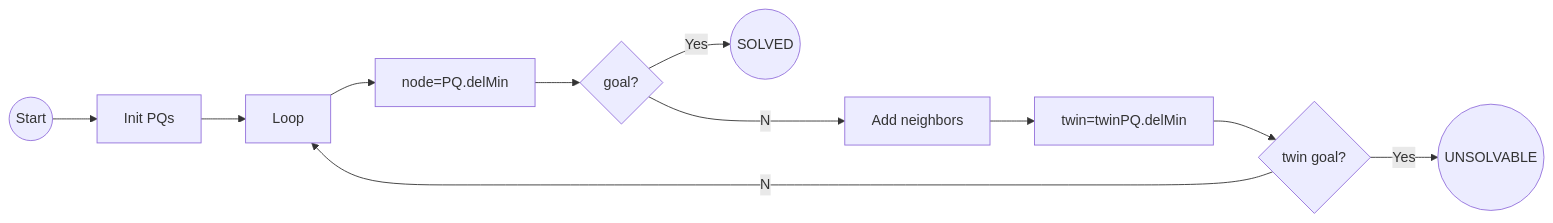
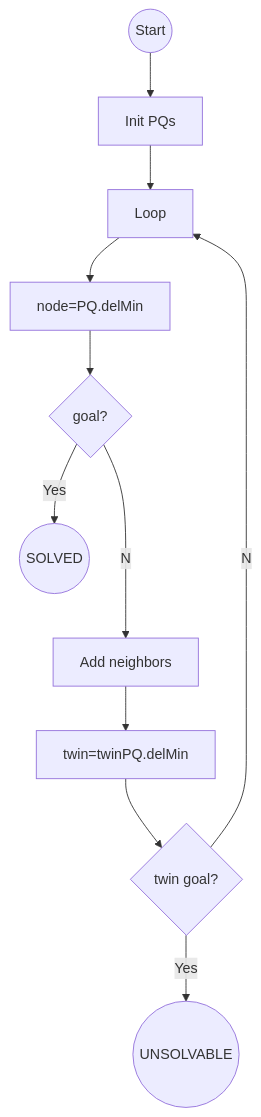
Before and after one commit to AmpongJkevin2/Flowchart-: the diagram in problemSet5/Solver.mmd, drawn with Mermaid. The commit also changed 6 other files, not shown here.

```diff
--- a/problemSet5/Solver.mmd
+++ b/problemSet5/Solver.mmd
@@ -1,1 +1,1 @@
-graph LR; A((Start))-->B[Init PQs]-->C[Loop]-->D[node=PQ.delMin]-->E{goal?}; E--Yes-->F((SOLVED)); E--No-->G[Add neighbors]-->H[twin=twinPQ.delMin]-->I{twin goal?}; I--Yes-->J((UNSOLVABLE)); I--No-->C;
+graph TD; A((Start))-->B[Init PQs]-->C[Loop]-->D[node=PQ.delMin]-->E{goal?}; E--Yes-->F((SOLVED)); E--No-->G[Add neighbors]-->H[twin=twinPQ.delMin]-->I{twin goal?}; I--Yes-->J((UNSOLVABLE)); I--No-->C;
```
